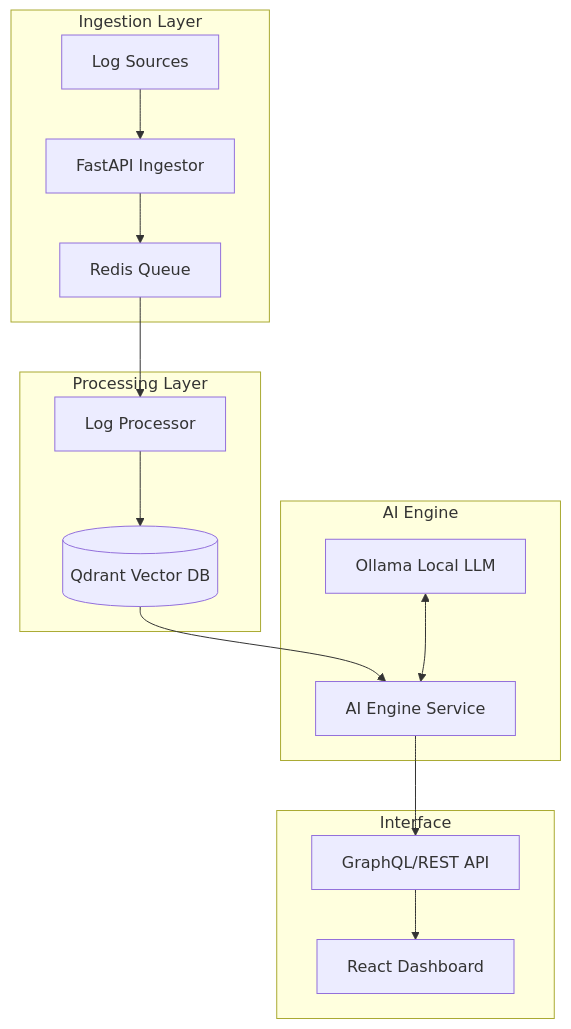
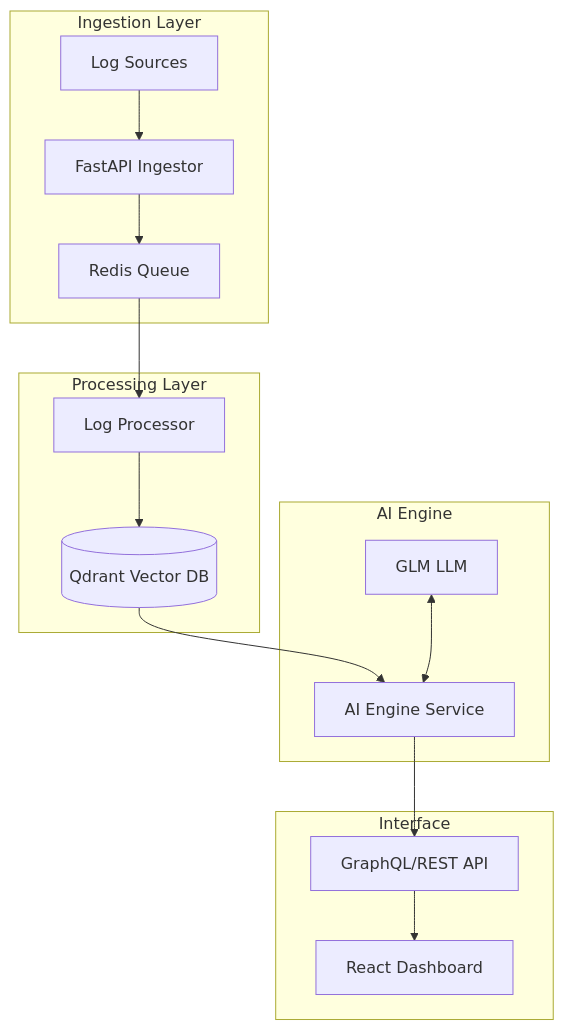
One commit to fanqingsong/Logara-AI changed the first of 2 diagrams in README.md. Above: the diagram before and after it, drawn with Mermaid. The commit also changed other lines of this file and 43 other files, not shown here.

First line of the commit message:
feat: migrate LLM/embeddings from local Ollama to cloud GLM and SiliconFlow

````diff
--- a/README.md
+++ b/README.md
@@ -30,22 +30,22 @@
 ```mermaid
 graph TD
     subgraph "Ingestion Layer"
     A[Log Sources] --> B[FastAPI Ingestor]
     B --> C[Redis Queue]
     end
 
     subgraph "Processing Layer"
     C --> D[Log Processor]
     D --> E[(Qdrant Vector DB)]
     end
 
     subgraph "AI Engine"
     E --> I[AI Engine Service]
-    J[Ollama Local LLM] <--> I
+    J[GLM LLM] <--> I
     end
 
     subgraph "Interface"
     I --> G[GraphQL/REST API]
     G --> H[React Dashboard]
     end
 ```
````
